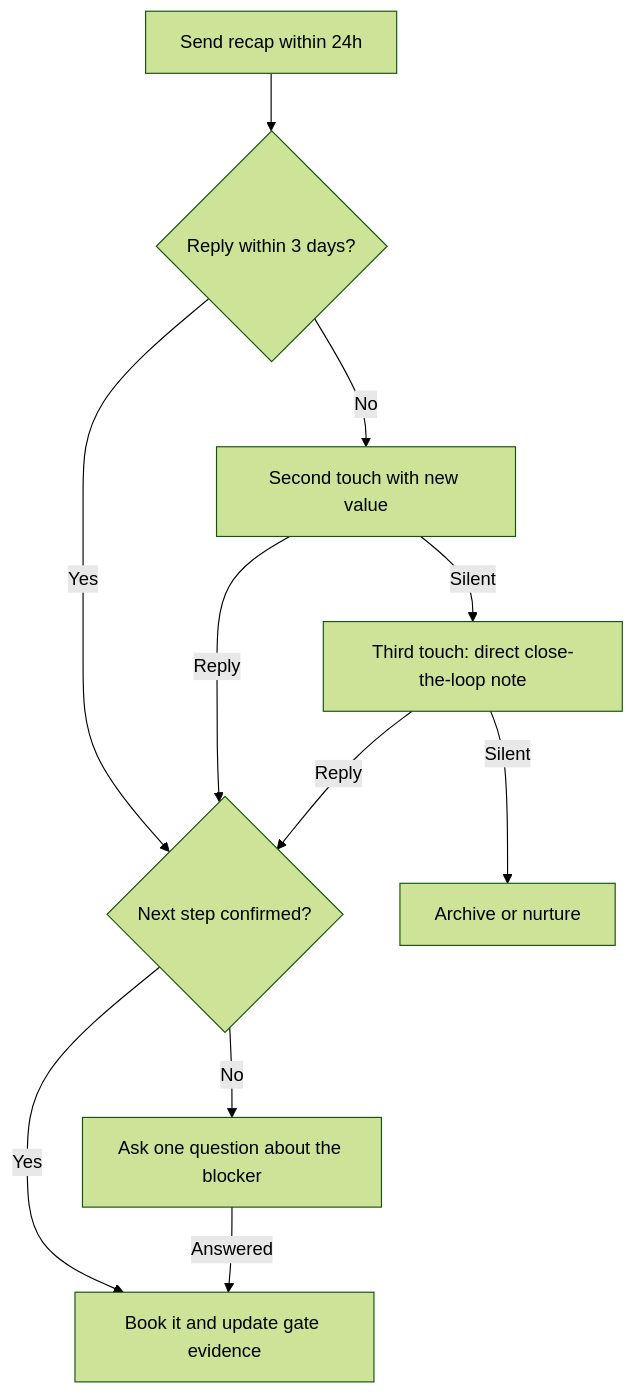
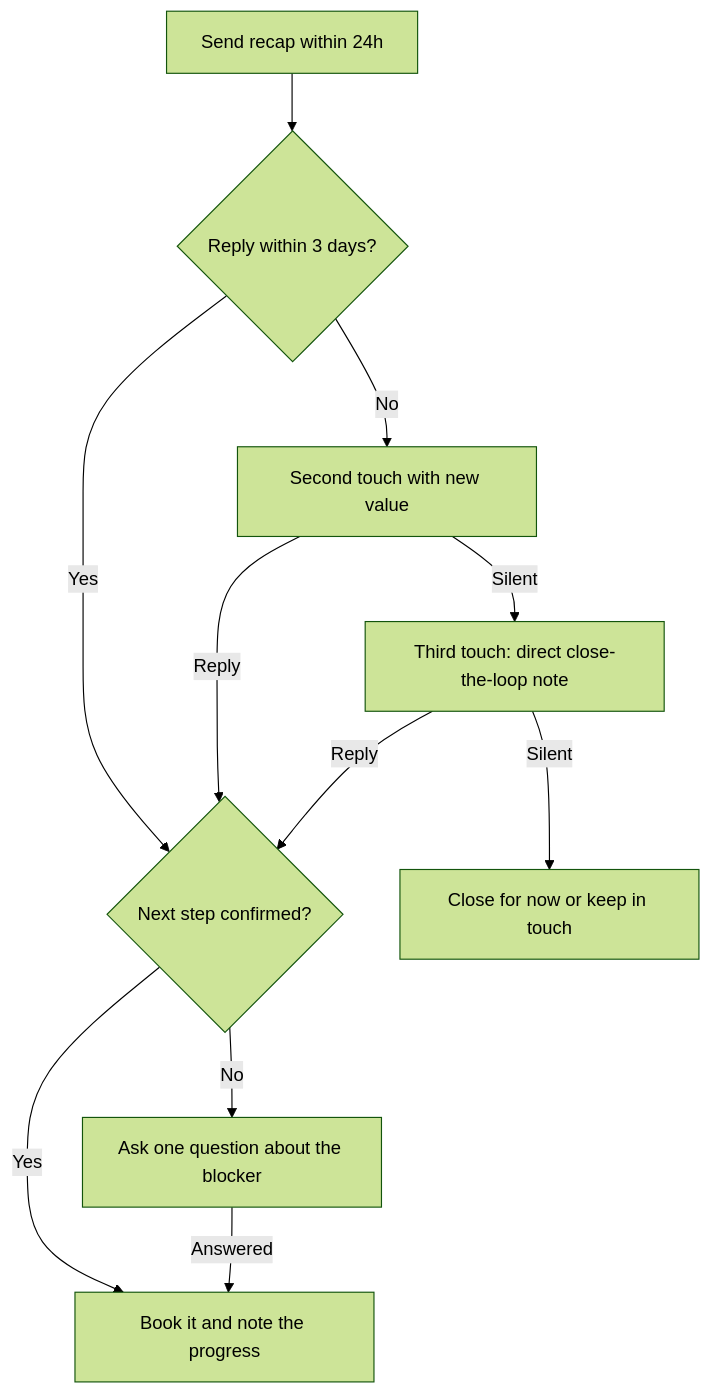
Before and after one commit to CarlosLeonCode/clc-copilot-brain: the diagram in templates/areas/sales/plays/follow-up.md, drawn with Mermaid (forest theme). The commit also changed other lines of this file and 4 other files, not shown here.

````diff
--- a/templates/areas/sales/plays/follow-up.md
+++ b/templates/areas/sales/plays/follow-up.md
@@ -16,13 +16,13 @@
 ```mermaid
 flowchart TD
     B1["Send recap within 24h"] --> B2{"Reply within 3 days?"}
     B2 -->|"Yes"| B3{"Next step confirmed?"}
     B2 -->|"No"| B4["Second touch with new value"]
-    B3 -->|"Yes"| B5["Book it and update gate evidence"]
+    B3 -->|"Yes"| B5["Book it and note the progress"]
     B3 -->|"No"| B6["Ask one question about the blocker"]
     B4 -->|"Reply"| B3
     B4 -->|"Silent"| B7["Third touch: direct close-the-loop note"]
     B7 -->|"Reply"| B3
-    B7 -->|"Silent"| B8["Archive or nurture"]
+    B7 -->|"Silent"| B8["Close for now or keep in touch"]
     B6 -->|"Answered"| B5
 ```
````
